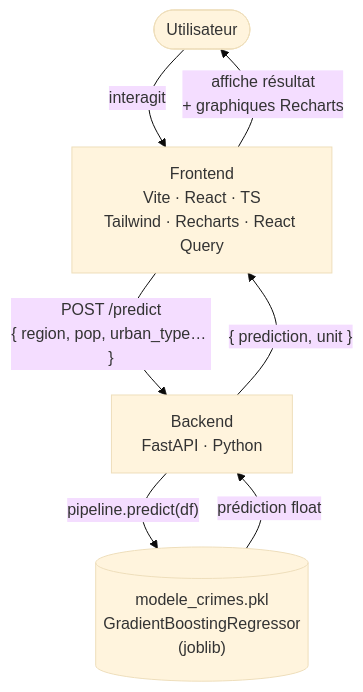
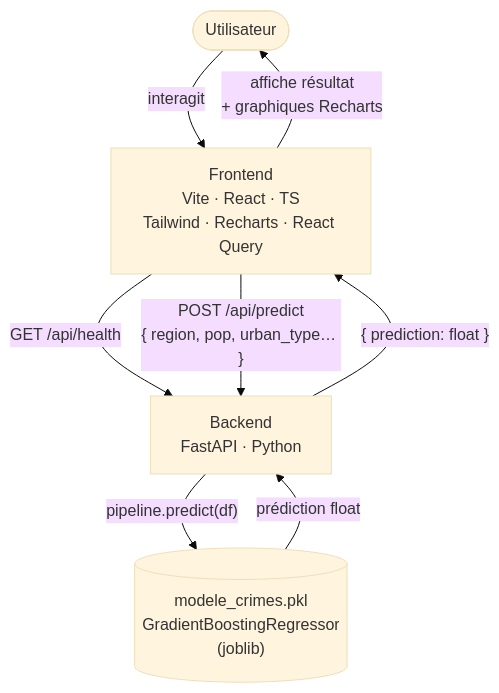
One commit to Jeremie-pires/big-data-projet changed the diagram in docs/architecture.md. Above: the diagram before and after it, drawn with Mermaid (base theme). The commit also changed other lines of this file and 5 other files, not shown here.

````diff
--- a/docs/architecture.md
+++ b/docs/architecture.md
@@ -7,14 +7,15 @@
 ```mermaid
 graph TD
     User([Utilisateur])
     FE["Frontend\nVite · React · TS\nTailwind · Recharts · React Query"]
     API["Backend\nFastAPI · Python"]
     Model[("modele_crimes.pkl\nGradientBoostingRegressor\n(joblib)")]
 
     User -->|interagit| FE
-    FE -->|"POST /predict\n{ region, pop, urban_type… }"| API
+    FE -->|"GET /api/health"| API
+    FE -->|"POST /api/predict\n{ region, pop, urban_type… }"| API
     API -->|"pipeline.predict(df)"| Model
     Model -->|prédiction float| API
-    API -->|"{ prediction, unit }"| FE
+    API -->|"{ prediction: float }"| FE
     FE -->|affiche résultat\n+ graphiques Recharts| User
 ```
````
